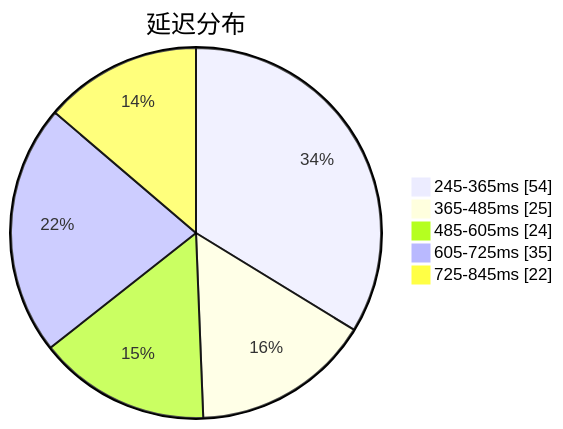
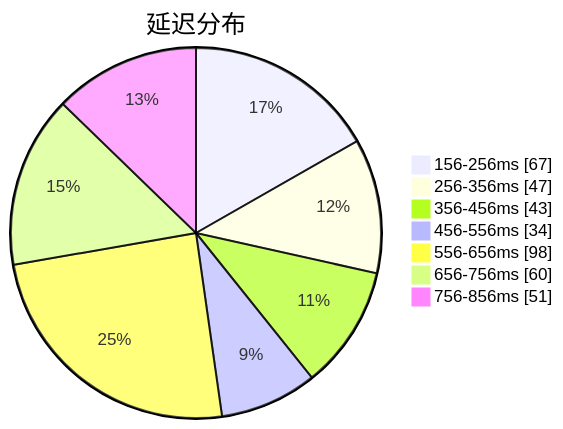
The first of 3 diagrams in subs/statistics/tested_within.md (qjlxg/airport), drawn with Mermaid before and after one commit. The commit also changed other lines of this file and 2 other files, not shown here.

````diff
--- a/subs/statistics/tested_within.md
+++ b/subs/statistics/tested_within.md
@@ -2,9 +2,11 @@
 ```mermaid
 pie showData
 title 延迟分布
-"245-365ms" : 54
-"365-485ms" : 25
-"485-605ms" : 24
-"605-725ms" : 35
-"725-845ms" : 22
+"156-256ms" : 67
+"256-356ms" : 47
+"356-456ms" : 43
+"456-556ms" : 34
+"556-656ms" : 98
+"656-756ms" : 60
+"756-856ms" : 51
 ```
````
